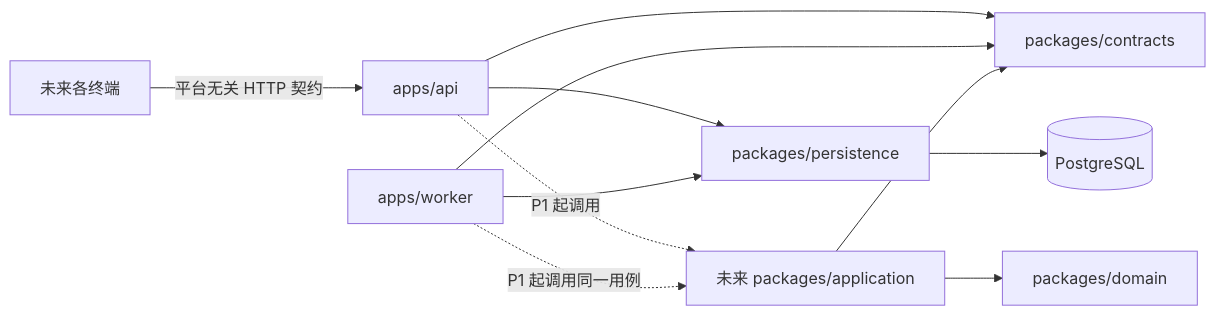
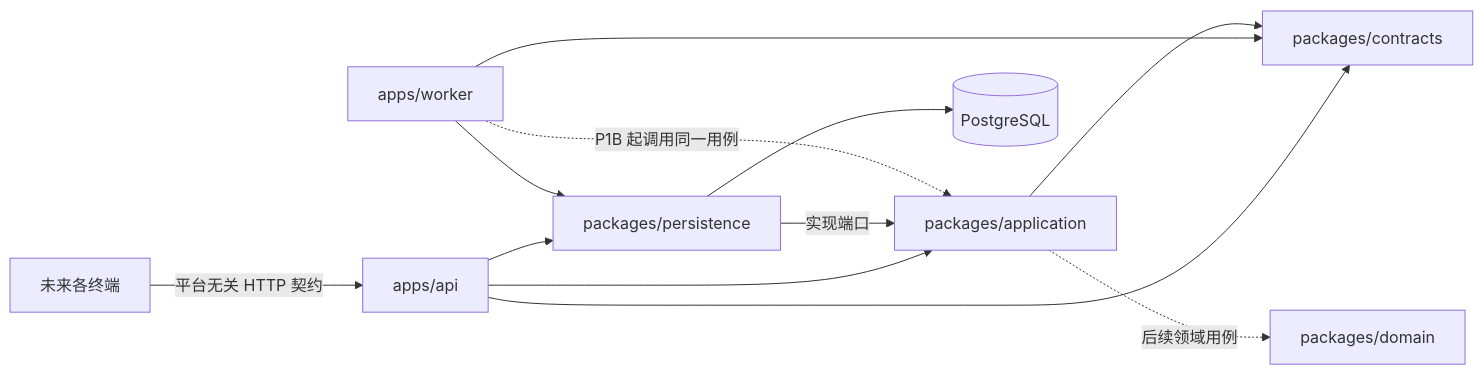
The diagram in docs/architecture/modules.md (tonivikingdom/TRAVEL-V1), drawn with Mermaid before and after one commit. The commit also changed other lines of this file and 51 other files, not shown here.

````diff
--- a/docs/architecture/modules.md
+++ b/docs/architecture/modules.md
@@ -5,14 +5,15 @@
 ```mermaid
 flowchart LR
   Clients[未来各终端] -->|平台无关 HTTP 契约| API[apps/api]
   API --> Contracts[packages/contracts]
+  API --> Application[packages/application]
   API --> Persistence[packages/persistence]
   Worker[apps/worker] --> Contracts
   Worker --> Persistence
   Persistence --> PostgreSQL[(PostgreSQL)]
   Domain[packages/domain]
-  FutureApplication[未来 packages/application] --> Domain
-  FutureApplication --> Contracts
-  API -. P1 起调用 .-> FutureApplication
-  Worker -. P1 起调用同一用例 .-> FutureApplication
+  Application --> Contracts
+  Application -. 后续领域用例 .-> Domain
+  Persistence -->|实现端口| Application
+  Worker -. P1B 起调用同一用例 .-> Application
 ```
````
